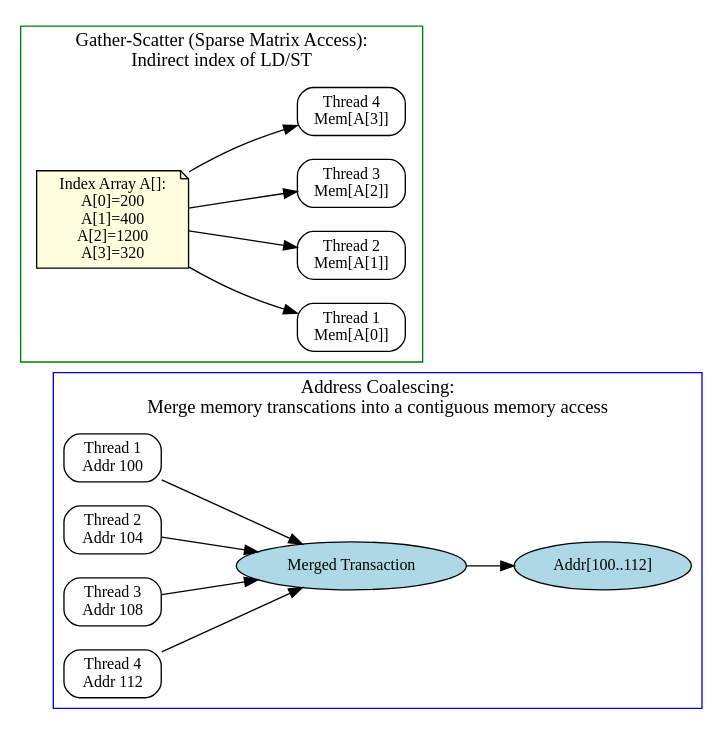
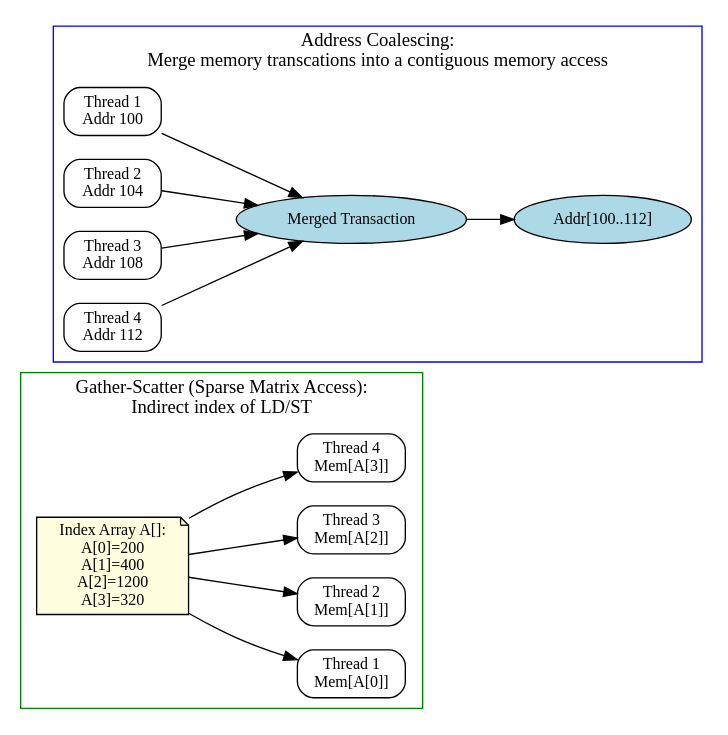
One commit to Jonathan2251/lbd changed the diagram in Fig/gpu/coalescing-gather.gv. Above: the diagram before and after it, drawn with Graphviz. The commit also changed other lines of this file and 9 other files, not shown here.

```diff
--- a/Fig/gpu/coalescing-gather.gv
+++ b/Fig/gpu/coalescing-gather.gv
@@ -1,42 +1,42 @@
 digraph GPU_Memory {
     rankdir=LR;
     node [shape=box, style=rounded, fontsize=12];
+
+    subgraph cluster_gather {
+        label="Gather-Scatter (Sparse Matrix Access): \nIndirect index of LD/ST";
+        color=green;
+
+        Idx [label="Index Array A[]:\nA[0]=200\nA[1]=400\nA[2]=1200\nA[3]=320", shape=note, style=filled, fillcolor=lightyellow];
+
+        G1 [label="Thread 1\nMem[A[0]]"];
+        G2 [label="Thread 2\nMem[A[1]]"];
+        G3 [label="Thread 3\nMem[A[2]]"];
+        G4 [label="Thread 4\nMem[A[3]]"];
+
+        Idx -> G1;
+        Idx -> G2;
+        Idx -> G3;
+        Idx -> G4;
+    }
 
     subgraph cluster_coalescing {
         label="Address Coalescing: \nMerge memory transcations into a contiguous memory access";
         color=blue;
 
         T1 [label="Thread 1\nAddr 100"];
         T2 [label="Thread 2\nAddr 104"];
         T3 [label="Thread 3\nAddr 108"];
         T4 [label="Thread 4\nAddr 112"];
 
         MT [label="Merged Transaction", shape=ellipse, style=filled, fillcolor=lightblue];
 
         T1 -> MT;
         T2 -> MT;
         T3 -> MT;
         T4 -> MT;
 
         T5 [label="Addr[100..112]", shape=ellipse, style=filled, fillcolor=lightblue];
 
         MT -> T5;
     }
-
-    subgraph cluster_gather {
-        label="Gather-Scatter (Sparse Matrix Access): \nIndirect index of LD/ST";
-        color=green;
-
-        Idx [label="Index Array A[]:\nA[0]=200\nA[1]=400\nA[2]=1200\nA[3]=320", shape=note, style=filled, fillcolor=lightyellow];
-
-        G1 [label="Thread 1\nMem[A[0]]"];
-        G2 [label="Thread 2\nMem[A[1]]"];
-        G3 [label="Thread 3\nMem[A[2]]"];
-        G4 [label="Thread 4\nMem[A[3]]"];
-
-        Idx -> G1;
-        Idx -> G2;
-        Idx -> G3;
-        Idx -> G4;
-    }
 }
```
